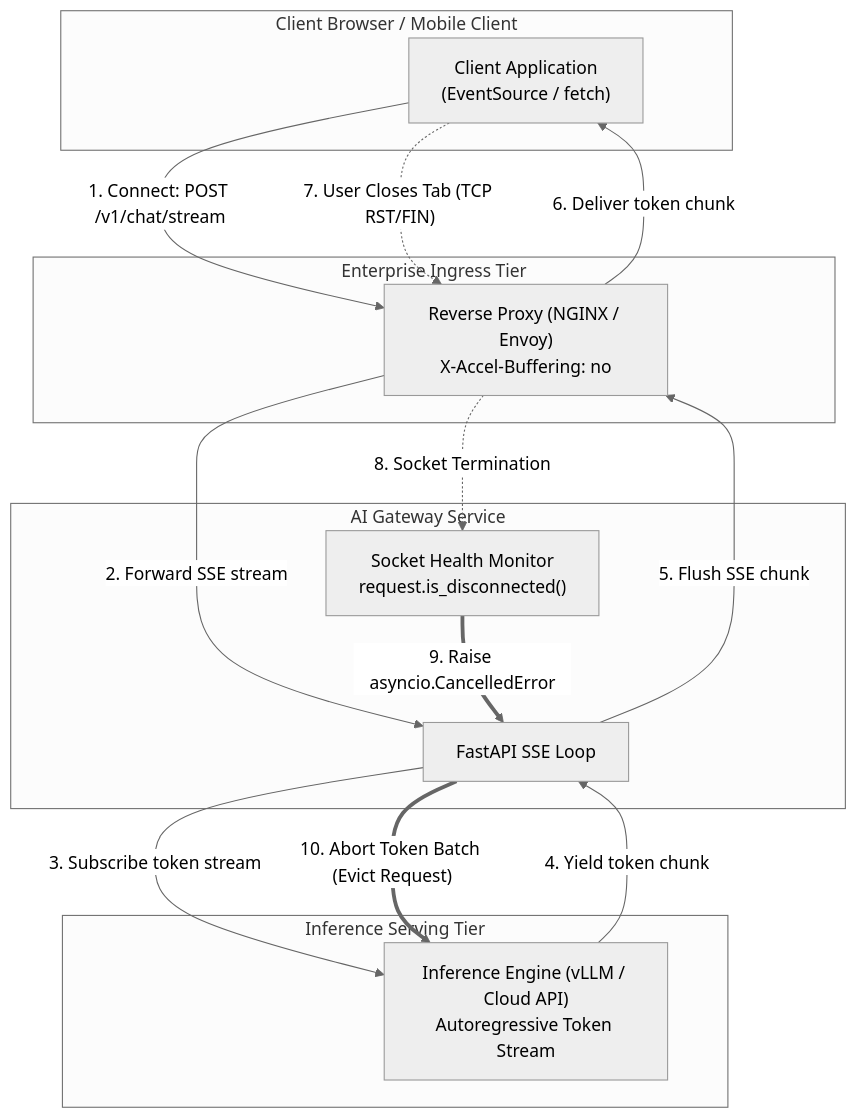
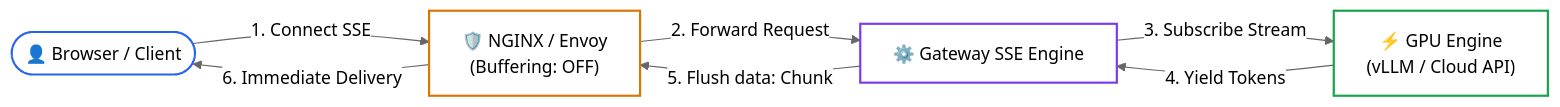
Before and after one commit to dip4k/senior-engineer-to-ai-engineer-roadmap: the first of 2 diagrams in 07-production-deployment-and-llmops/02-high-performance-token-streaming-and-backpressure.md, drawn with Mermaid (neutral theme). The commit also changed other lines of this file and 49 other files, not shown here.

First line of the commit message:
feat(curriculum): complete 2026 refactoring across roadmaps, use-cases, labs, and agent-forge

````diff
--- a/07-production-deployment-and-llmops/02-high-performance-token-streaming-and-backpressure.md
+++ b/07-production-deployment-and-llmops/02-high-performance-token-streaming-and-backpressure.md
@@ -230,35 +85,14 @@
 ```mermaid
-flowchart TD
-    subgraph Browser["Client Browser / Mobile Client"]
-        ClientApp["Client Application<br/>(EventSource / fetch)"]
-    end
+flowchart LR
+    Client(["👤 Browser / Client"]) -->|1. Connect SSE| NGINX["🛡️ NGINX / Envoy<br/>(Buffering: OFF)"]
+    NGINX -->|2. Forward Request| Gateway["⚙️ Gateway SSE Engine"]
+    Gateway -->|3. Subscribe Stream| Engine["⚡ GPU Engine<br/>(vLLM / Cloud API)"]
+    Engine -->|4. Yield Tokens| Gateway
+    Gateway -->|5. Flush data: Chunk| NGINX
+    NGINX -->|6. Immediate Delivery| Client
 
-    subgraph ReverseProxy["Enterprise Ingress Tier"]
-        NGINX["Reverse Proxy (NGINX / Envoy)<br/>X-Accel-Buffering: no"]
-    end
-
-    subgraph Gateway["AI Gateway Service"]
-        FastAPI["FastAPI SSE Loop"]
-        Poller["Socket Health Monitor<br/>request.is_disconnected()"]
-    end
-
-    subgraph Engine["Inference Serving Tier"]
-        LLM["Inference Engine (vLLM / Cloud API)<br/>Autoregressive Token Stream"]
-    end
-
-    ClientApp -->|"1. Connect: POST /v1/chat/stream"| NGINX
-    NGINX -->|"2. Forward SSE stream"| FastAPI
-    FastAPI -->|"3. Subscribe token stream"| LLM
-    LLM -->|"4. Yield token chunk"| FastAPI
-    FastAPI -->|"5. Flush SSE chunk"| NGINX
-    NGINX -->|"6. Deliver token chunk"| ClientApp
-
-    ClientApp -.->|"7. User Closes Tab (TCP RST/FIN)"| NGINX
-    NGINX -.->|"8. Socket Termination"| Poller
-    Poller ==>|"9. Raise asyncio.CancelledError"| FastAPI
-    FastAPI ==>|"10. Abort Token Batch (Evict Request)"| LLM
-
-    Browser ~~~ ReverseProxy
-    ReverseProxy ~~~ Gateway
-    Gateway ~~~ Engine
+    style Client stroke:#2563eb,stroke-width:2px,fill:none
+    style NGINX stroke:#d97706,stroke-width:2px,fill:none
+    style Gateway stroke:#7c3aed,stroke-width:2px,fill:none
+    style Engine stroke:#16a34a,stroke-width:2px,fill:none
 ```
````
